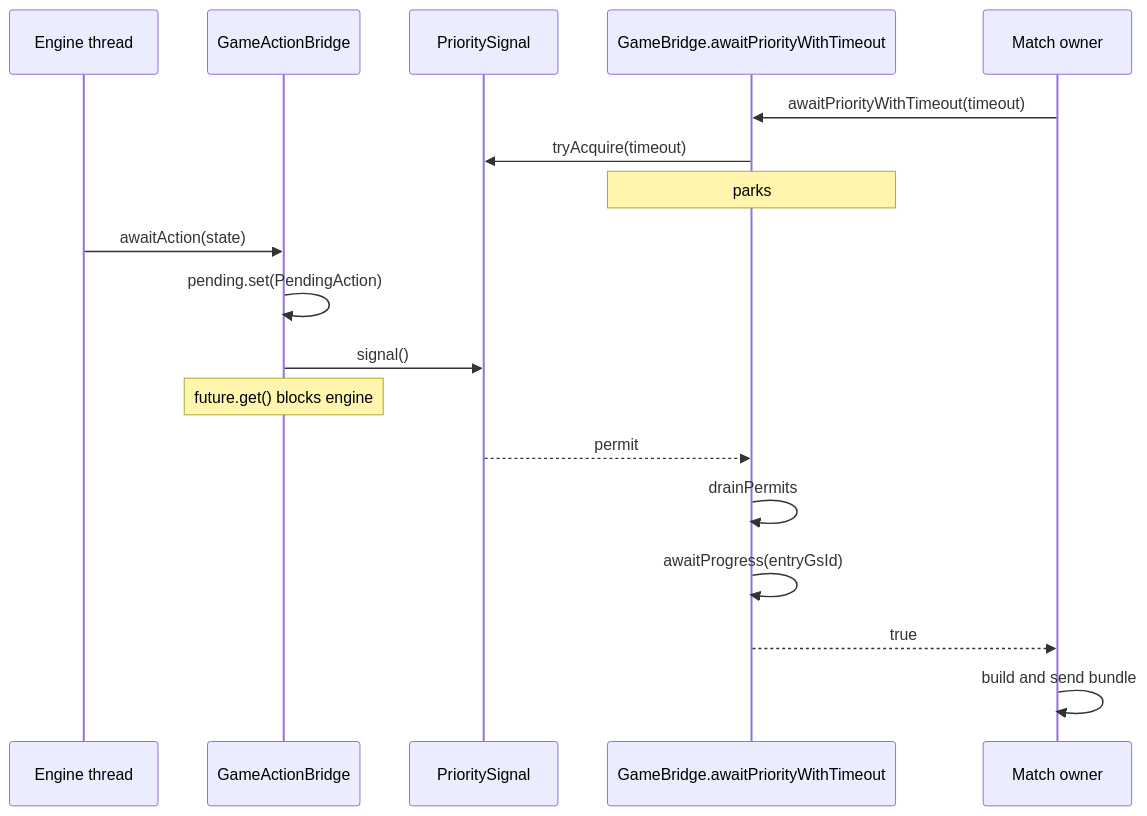
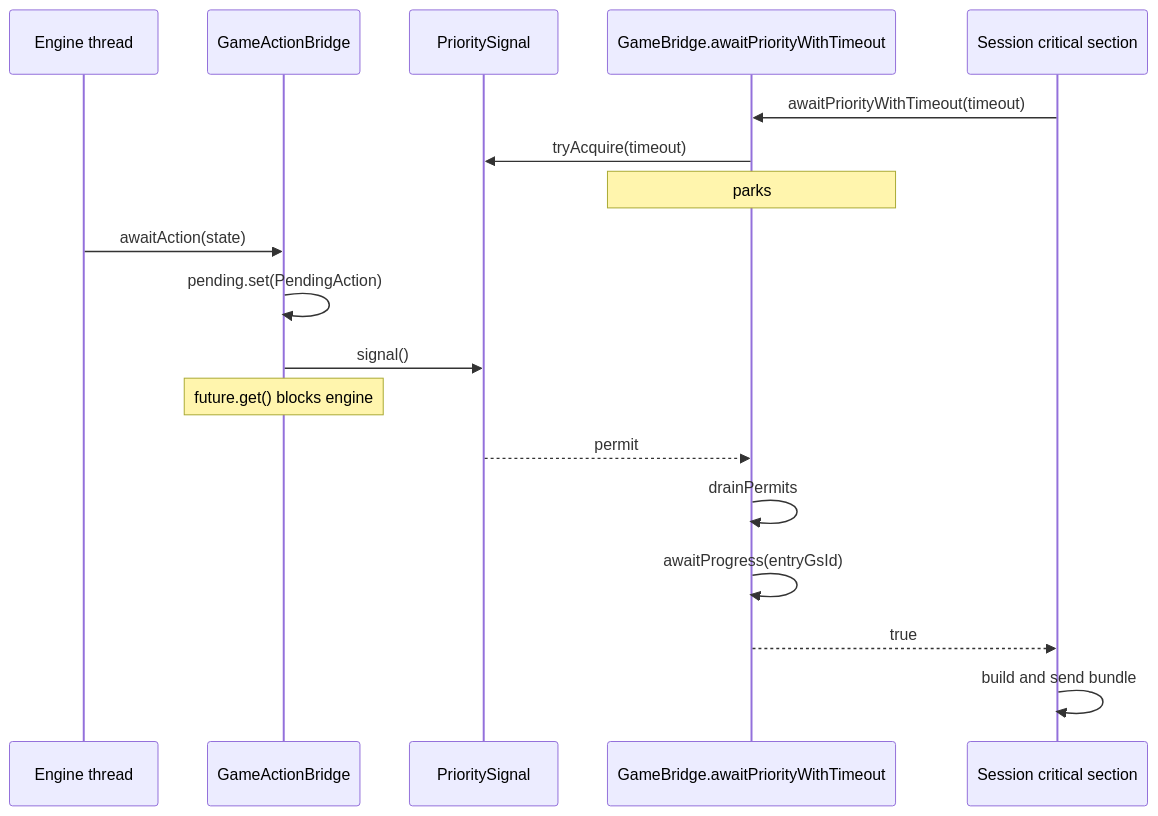
The second of 2 diagrams in docs/bridge-threading.md (delebedev/leyline), drawn with Mermaid before and after one commit. The commit also changed other lines of this file and 148 other files, not shown here.

````diff
--- a/docs/bridge-threading.md
+++ b/docs/bridge-threading.md
@@ -139,21 +90,21 @@
 ```mermaid
 sequenceDiagram
     participant ENG as Engine thread
     participant AB as GameActionBridge
     participant SIG as PrioritySignal
     participant GB as GameBridge.awaitPriorityWithTimeout
-    participant SESS as Match owner
+    participant SESS as Session critical section
 
     SESS->>GB: awaitPriorityWithTimeout(timeout)
     GB->>SIG: tryAcquire(timeout)
     Note over GB: parks
     ENG->>AB: awaitAction(state)
     AB->>AB: pending.set(PendingAction)
     AB->>SIG: signal()
     Note over AB: future.get() blocks engine
     SIG-->>GB: permit
     GB->>GB: drainPermits
     GB->>GB: awaitProgress(entryGsId)
     GB-->>SESS: true
     SESS->>SESS: build and send bundle
 ```
````
